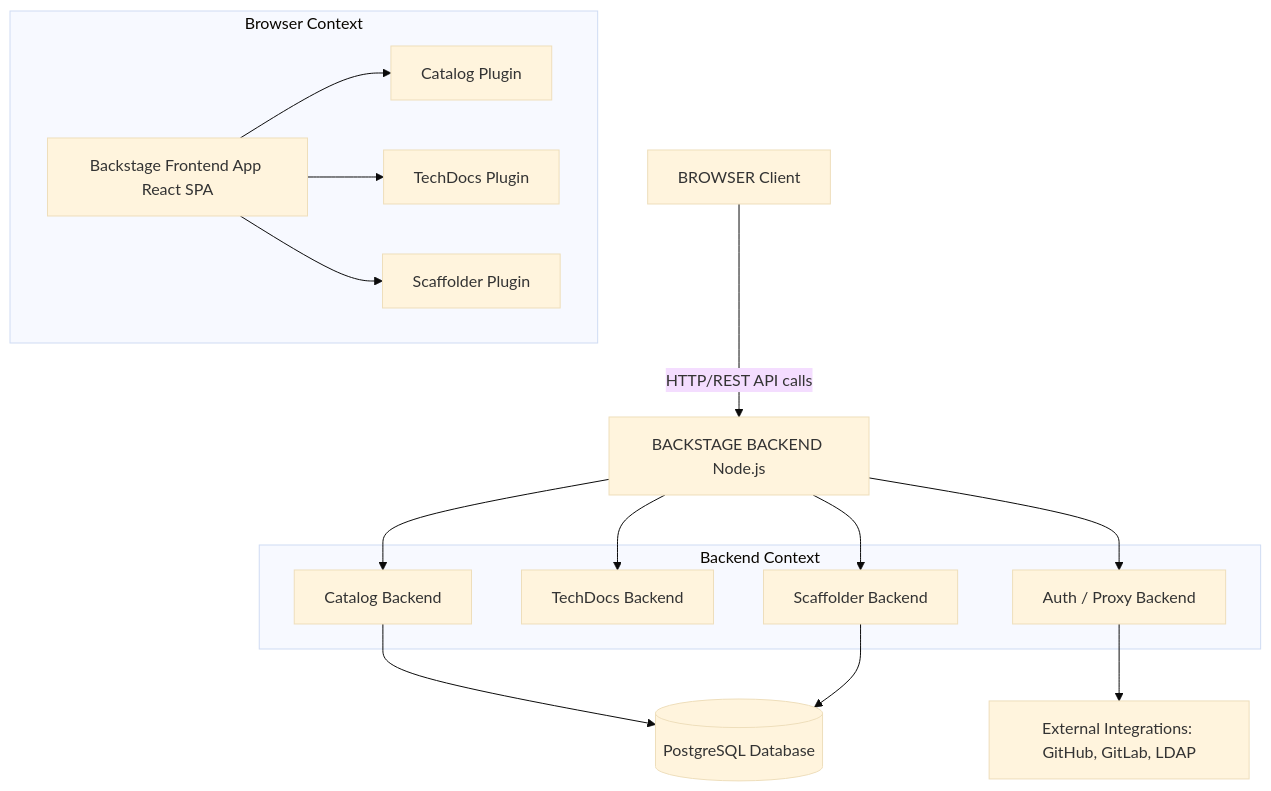
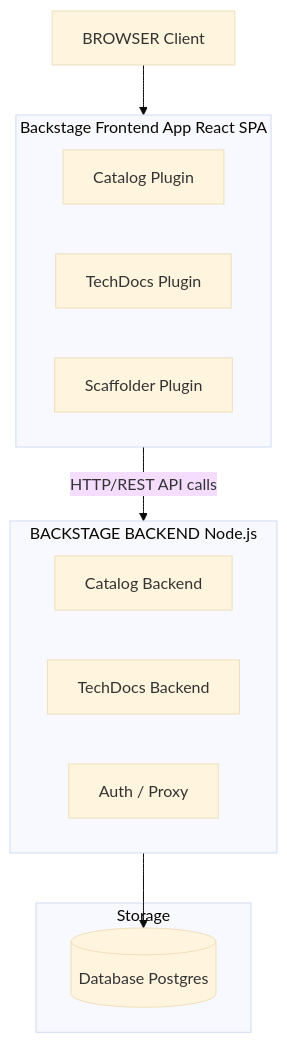
One commit to kube-dojo/kube-dojo changed the fourth of 4 diagrams in src/content/docs/k8s/cba/module-1.3-backstage-catalog-infrastructure.md. Above: the diagram before and after it, drawn with Mermaid (base theme). The commit also changed other lines of this file, not shown here.

Commit message:
chore(content): write-only draft [k8s/cba/module-1.3-backstage-catalog-infrastructure]

````diff
--- a/src/content/docs/k8s/cba/module-1.3-backstage-catalog-infrastructure.md
+++ b/src/content/docs/k8s/cba/module-1.3-backstage-catalog-infrastructure.md
@@ -436,27 +450,23 @@
 ```mermaid
 flowchart TD
-    Browser[BROWSER Client] -->|HTTP/REST API calls| Backend[BACKSTAGE BACKEND Node.js]
-    
-    subgraph Browser Context
-        React[Backstage Frontend App React SPA]
-        React --> CatFront[Catalog Plugin]
-        React --> DocsFront[TechDocs Plugin]
-        React --> ScaffFront[Scaffolder Plugin]
+    Browser[BROWSER Client]
+    subgraph SPA[Backstage Frontend App React SPA]
+        CatF[Catalog Plugin]
+        TechF[TechDocs Plugin]
+        ScaffF[Scaffolder Plugin]
+    end
+    Browser --> SPA
+    SPA -- HTTP/REST API calls --> Backend
+
+    subgraph Backend[BACKSTAGE BACKEND Node.js]
+        CatB[Catalog Backend]
+        TechB[TechDocs Backend]
+        AuthB[Auth / Proxy]
     end
 
-    subgraph Backend Context
-        CatBack[Catalog Backend]
-        DocsBack[TechDocs Backend]
-        ScaffBack[Scaffolder Backend]
-        AuthProxy[Auth / Proxy Backend]
+    subgraph Storage[Storage]
+        DB[(Database Postgres)]
     end
 
-    Backend --> CatBack
-    Backend --> DocsBack
-    Backend --> ScaffBack
-    Backend --> AuthProxy
-
-    CatBack --> DB[(PostgreSQL Database)]
-    ScaffBack --> DB
-    AuthProxy --> Integrations[External Integrations: GitHub, GitLab, LDAP]
+    Backend --> DB
 ```
````
